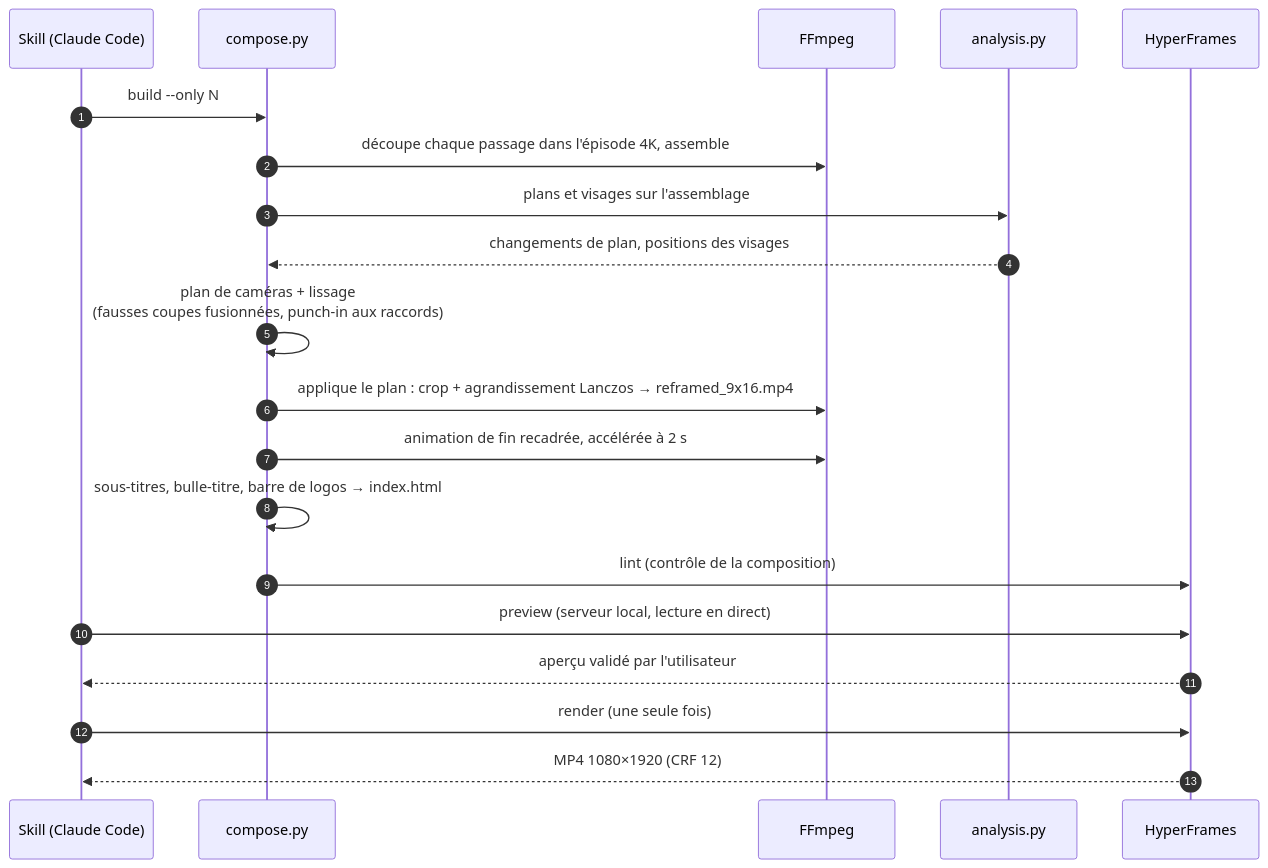
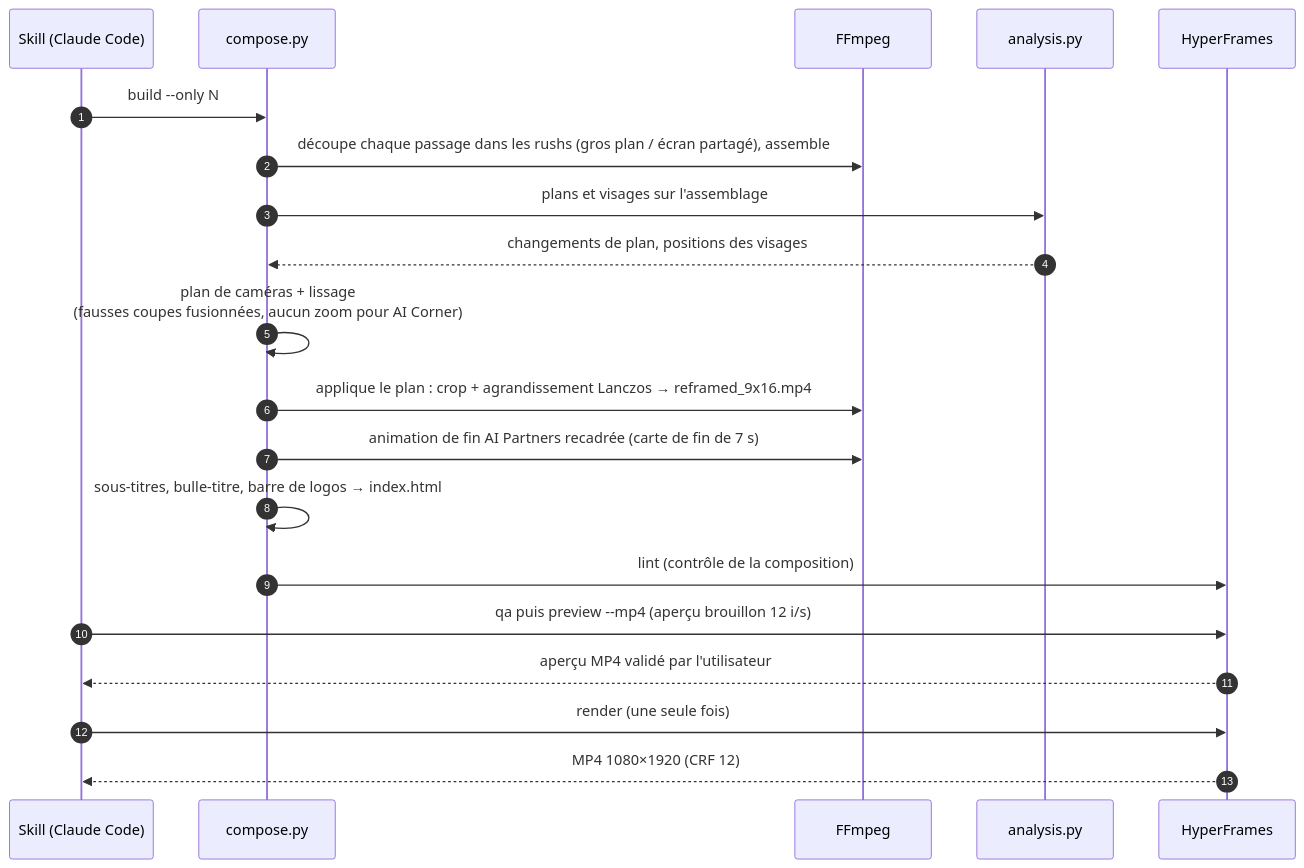
Before and after one commit to arthurw31/podcast-clipper: the third of 3 diagrams in docs/ARCHITECTURE.md, drawn with Mermaid. The commit also changed other lines of this file and 2 other files, not shown here.

First line of the commit message:
Schéma d'ensemble rushs -> livrables (README) ; anciens schémas mis à jour

````diff
--- a/docs/ARCHITECTURE.md
+++ b/docs/ARCHITECTURE.md
@@ -104,23 +119,23 @@
 ```mermaid
 sequenceDiagram
     autonumber
     participant SK as Skill (Claude Code)
     participant CO as compose.py
     participant FF as FFmpeg
     participant AN as analysis.py
     participant HF as HyperFrames
 
     SK->>CO: build --only N
-    CO->>FF: découpe chaque passage dans l'épisode 4K, assemble
+    CO->>FF: découpe chaque passage dans les rushs (gros plan / écran partagé), assemble
     CO->>AN: plans et visages sur l'assemblage
     AN-->>CO: changements de plan, positions des visages
-    CO->>CO: plan de caméras + lissage<br/>(fausses coupes fusionnées, punch-in aux raccords)
+    CO->>CO: plan de caméras + lissage<br/>(fausses coupes fusionnées, aucun zoom pour AI Corner)
     CO->>FF: applique le plan : crop + agrandissement Lanczos → reframed_9x16.mp4
-    CO->>FF: animation de fin recadrée, accélérée à 2 s
+    CO->>FF: animation de fin AI Partners recadrée (carte de fin de 7 s)
     CO->>CO: sous-titres, bulle-titre, barre de logos → index.html
     CO->>HF: lint (contrôle de la composition)
-    SK->>HF: preview (serveur local, lecture en direct)
-    HF-->>SK: aperçu validé par l'utilisateur
+    SK->>HF: qa puis preview --mp4 (aperçu brouillon 12 i/s)
+    HF-->>SK: aperçu MP4 validé par l'utilisateur
     SK->>HF: render (une seule fois)
     HF-->>SK: MP4 1080×1920 (CRF 12)
 ```
````
